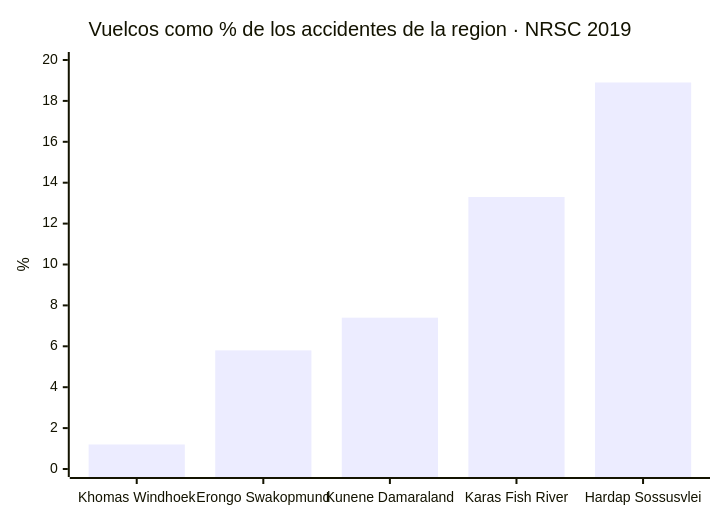
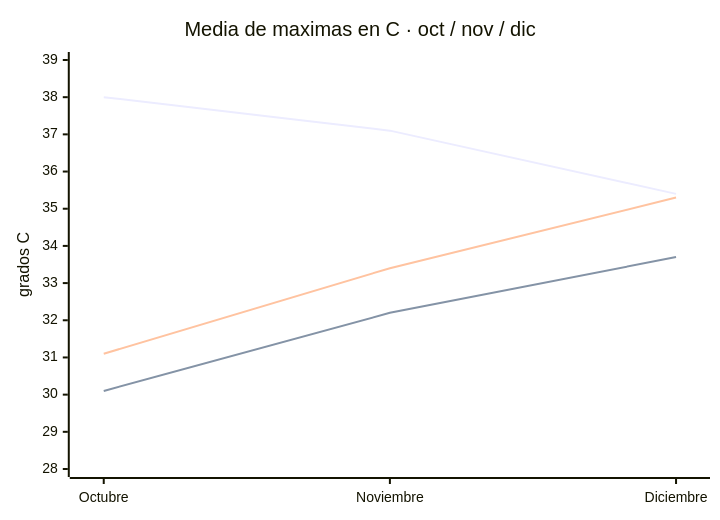
Before and after one commit to morandeirachema/namibia: the seventh of 10 diagrams in README.md, drawn with Mermaid. The commit also changed other lines of this file, not shown here.

````diff
--- a/README.md
+++ b/README.md
@@ -136,7 +191,9 @@
 ```mermaid
 xychart-beta
-    title "Vuelcos como % de los accidentes de la region · NRSC 2019"
-    x-axis ["Khomas Windhoek", "Erongo Swakopmund", "Kunene Damaraland", "Karas Fish River", "Hardap Sossusvlei"]
-    y-axis "%" 0 --> 20
-    bar [1.2, 5.8, 7.4, 13.3, 18.9]
+    title "Media de maximas en C · oct / nov / dic"
+    x-axis ["Octubre", "Noviembre", "Diciembre"]
+    y-axis "grados C" 28 --> 39
+    line [38.0, 37.1, 35.4]
+    line [30.1, 32.2, 33.7]
+    line [31.1, 33.4, 35.3]
 ```
````
